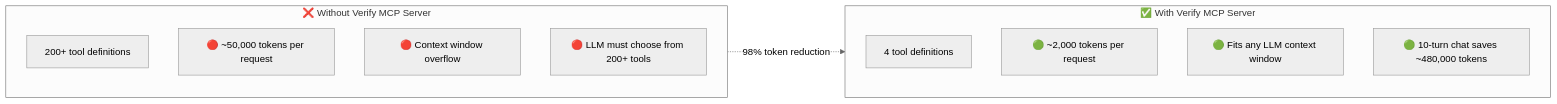
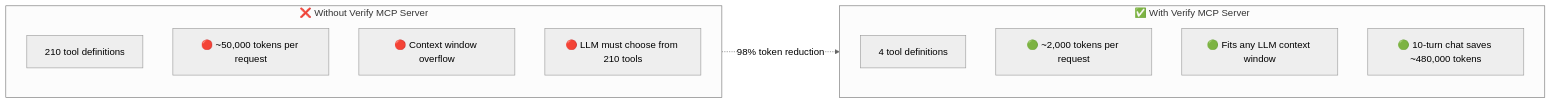
One commit to IBM/verify-mcp-server changed the fourth of 4 diagrams in README.md. Above: the diagram before and after it, drawn with Mermaid (neutral theme). The commit also changed other lines of this file and 11 other files, not shown here.

````diff
--- a/README.md
+++ b/README.md
@@ -338,20 +344,20 @@
 ```mermaid
 graph LR
     subgraph NAIVE["❌ Without Verify MCP Server"]
         direction TB
-        NA["200+ tool definitions"]
+        NA["210 tool definitions"]
         NB["🔴 ~50,000 tokens per request"]
         NC["🔴 Context window overflow"]
-        ND["🔴 LLM must choose from 200+ tools"]
+        ND["🔴 LLM must choose from 210 tools"]
     end
 
     subgraph META["✅ With Verify MCP Server"]
         direction TB
         MA["4 tool definitions"]
         MB["🟢 ~2,000 tokens per request"]
         MC["🟢 Fits any LLM context window"]
         MD["🟢 10-turn chat saves ~480,000 tokens"]
     end
 
     NAIVE -.->|"98% token reduction"| META
 ```
````
